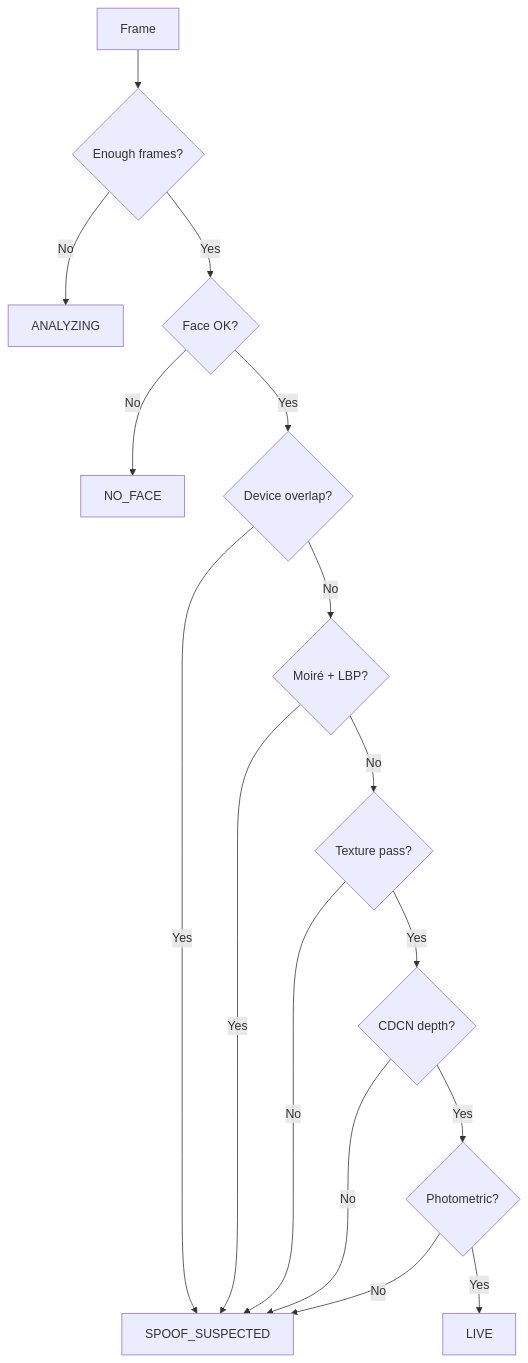
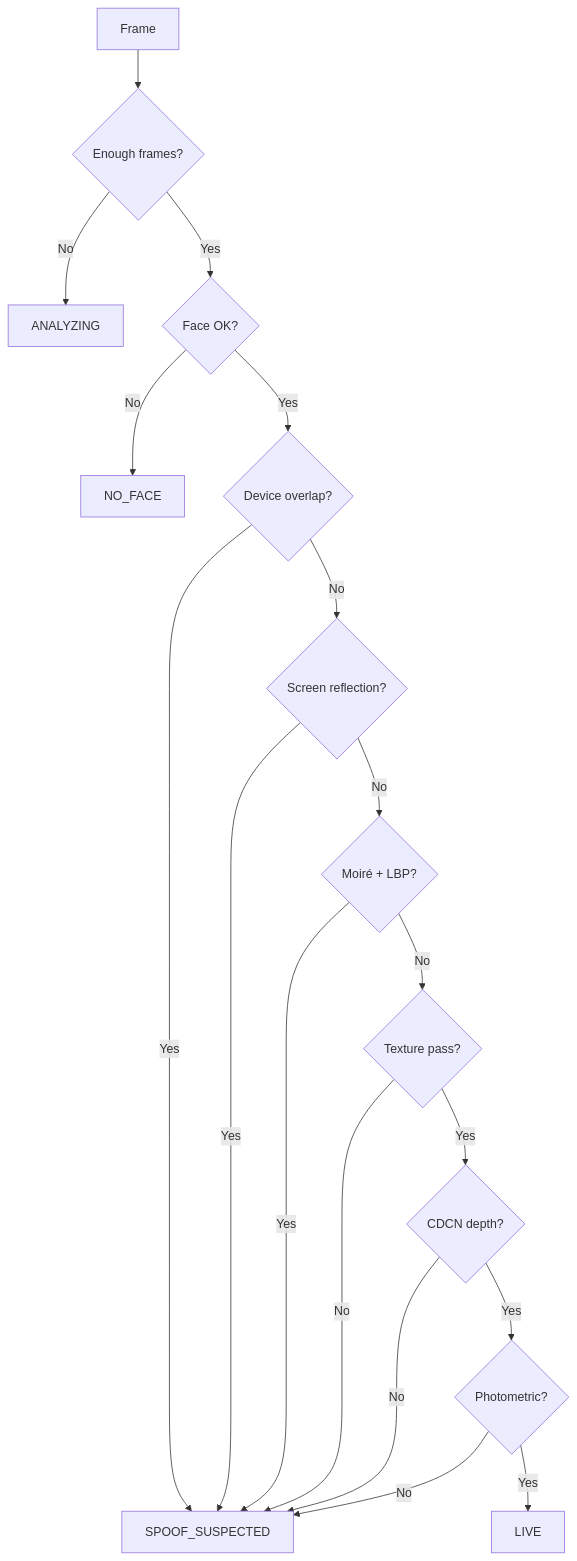
One commit to iamjosephmj/OpenPAD changed the second of 2 diagrams in README.md. Above: the diagram before and after it, drawn with Mermaid. The commit also changed other lines of this file and 39 other files, not shown here.

First line of the commit message:
Add screen reflection detector, preprocessing pipeline, and signal enhancements

````diff
--- a/README.md
+++ b/README.md
@@ -313,18 +320,20 @@
 ```mermaid
 flowchart TD
     A[Frame] --> B{Enough frames?}
     B -->|No| ANALYZING[ANALYZING]
     B -->|Yes| C{Face OK?}
     C -->|No| NO_FACE[NO_FACE]
     C -->|Yes| D{Device overlap?}
     D -->|Yes| SPOOF[SPOOF_SUSPECTED]
-    D -->|No| E{Moiré + LBP?}
+    D -->|No| D2{Screen reflection?}
+    D2 -->|Yes| SPOOF
+    D2 -->|No| E{Moiré + LBP?}
     E -->|Yes| SPOOF
     E -->|No| F{Texture pass?}
     F -->|No| SPOOF
     F -->|Yes| G{CDCN depth?}
     G -->|No| SPOOF
     G -->|Yes| H{Photometric?}
     H -->|No| SPOOF
     H -->|Yes| LIVE[LIVE]
 ```
````
